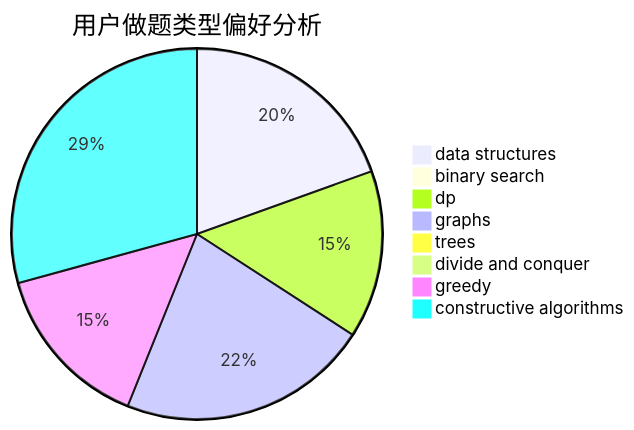
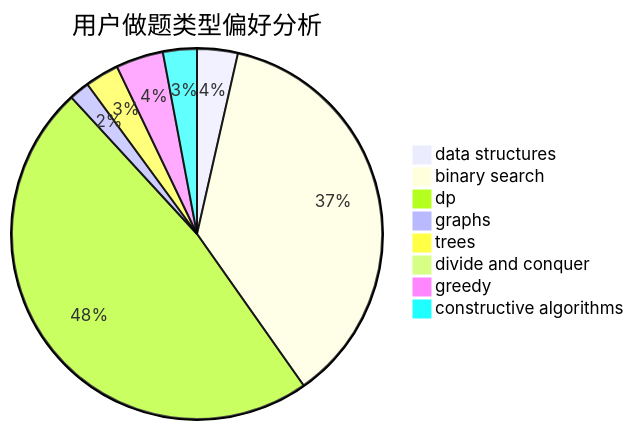
Before and after one commit to sherpahu/cfrs.github.io: the second of 3 diagrams in docs/user/u1828.md, drawn with Mermaid. The commit also changed other lines of this file and 2770 other files, not shown here.

````diff
--- a/docs/user/u1828.md
+++ b/docs/user/u1828.md
@@ -23,11 +23,11 @@
 ```mermaid
 pie title 用户做题类型偏好分析
-    "data structures" :  8
-    "binary search" :  0
-    "dp" :  6
-    "graphs" :  9
-    "trees" :  0
+    "data structures" :  6
+    "binary search" :  62
+    "dp" :  81
+    "graphs" :  3
+    "trees" :  5
     "divide and conquer" :  0
-    "greedy" :  6
-    "constructive algorithms" :  12
+    "greedy" :  7
+    "constructive algorithms" :  5
 ```
````
